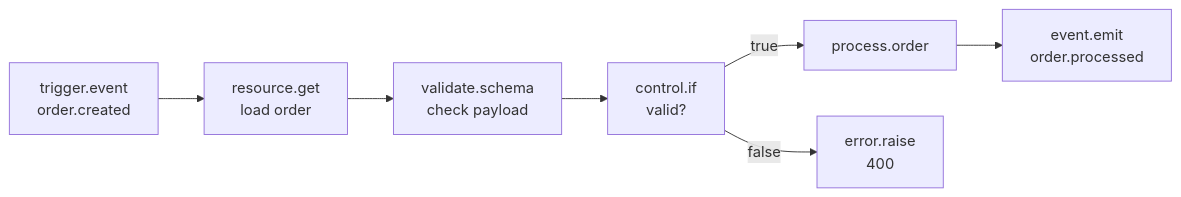
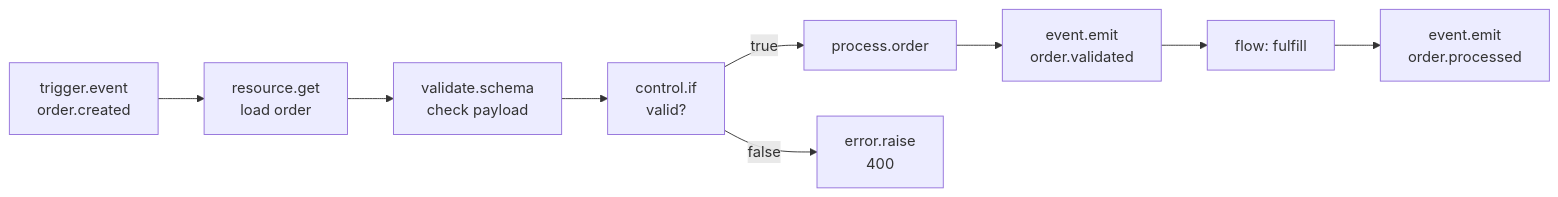
Before and after one commit to sillohq/pawabase: the ninth of 18 diagrams in apps/docs/events/overview.mdx, drawn with Mermaid. The commit also changed other lines of this file and 90 other files, not shown here.

````diff
--- a/apps/docs/events/overview.mdx
+++ b/apps/docs/events/overview.mdx
@@ -147,9 +528,11 @@
 ```mermaid
 flowchart LR
-  A["trigger.event<br/>order.created"] --> B["resource.get<br/>load order"]
-  B --> C["validate.schema<br/>check payload"]
-  C --> D["control.if<br/>valid?"]
-  D -->|"true"| E["process.order"]
-  D -->|"false"| F["error.raise<br/>400"]
-  E --> G["event.emit<br/>order.processed"]
+    A["trigger.event<br/>order.created"] --> B["resource.get<br/>load order"]
+    B --> C["validate.schema<br/>check payload"]
+    C --> D["control.if<br/>valid?"]
+    D -->|"true"| E["process.order"]
+    D -->|"false"| F["error.raise<br/>400"]
+    E --> G["event.emit<br/>order.validated"]
+    G --> H["flow: fulfill"]
+    H --> I["event.emit<br/>order.processed"]
 ```
````
